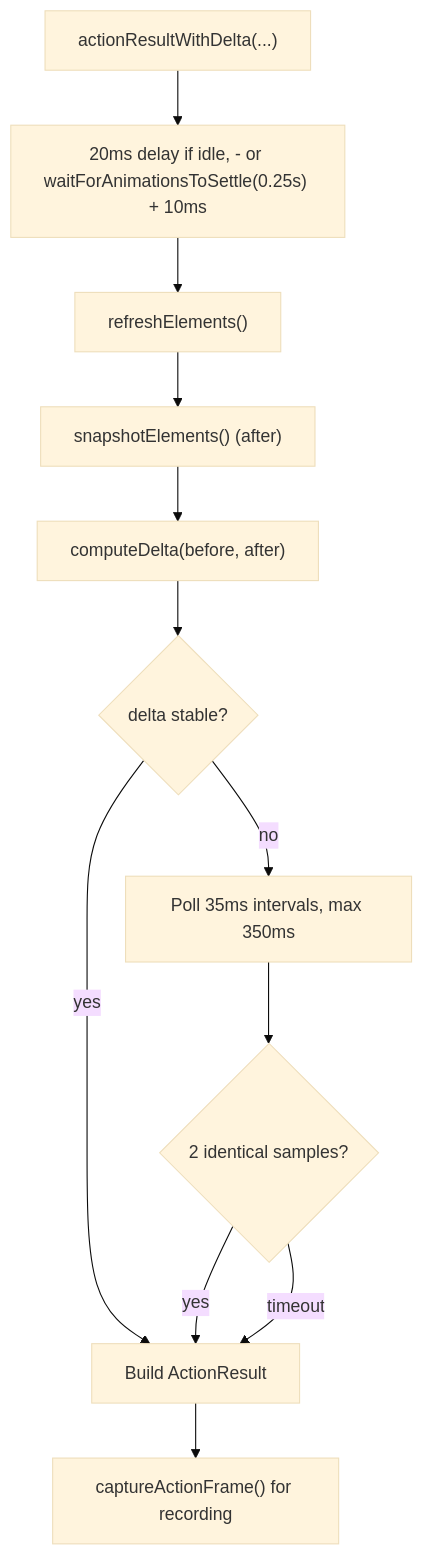
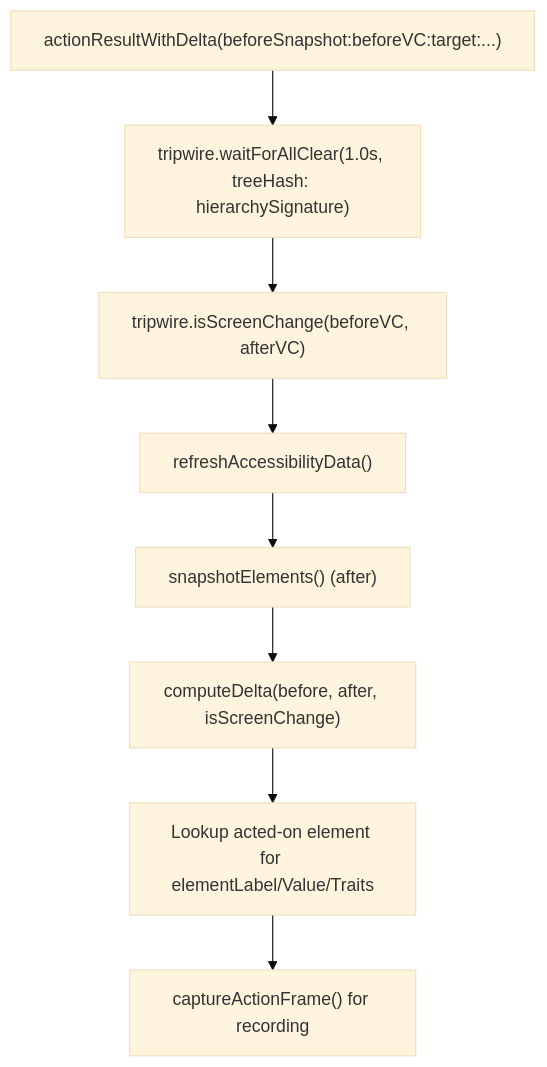
The fourth of 4 diagrams in docs/dossiers/13-THEBAGMAN.md (RoyalPineapple/TheButtonHeist), drawn with Mermaid (base theme) before and after one commit. The commit also changed other lines of this file and 12 other files, not shown here.

````diff
--- a/docs/dossiers/13-THEBAGMAN.md
+++ b/docs/dossiers/13-THEBAGMAN.md
@@ -118,15 +114,11 @@
 ```mermaid
 flowchart TD
-    Start["actionResultWithDelta(...)"]
-    Start --> PostDelay["20ms delay if idle, - or waitForAnimationsToSettle(0.25s) + 10ms"]
-    PostDelay --> Refresh["refreshElements()"]
+    Start["actionResultWithDelta(beforeSnapshot:beforeVC:target:...)"]
+    Start --> WaitAllClear["tripwire.waitForAllClear(1.0s, treeHash: hierarchySignature)"]
+    WaitAllClear --> VCCheck["tripwire.isScreenChange(beforeVC, afterVC)"]
+    VCCheck --> Refresh["refreshAccessibilityData()"]
     Refresh --> Snapshot["snapshotElements() (after)"]
-    Snapshot --> Delta["computeDelta(before, after)"]
-    Delta --> Stability{"delta stable?"}
-    Stability -->|yes| Done["Build ActionResult"]
-    Stability -->|no| Poll["Poll 35ms intervals, max 350ms"]
-    Poll --> Stable{"2 identical samples?"}
-    Stable -->|yes| Done
-    Stable -->|timeout| Done
-    Done --> Frame["captureActionFrame() for recording"]
+    Snapshot --> Delta["computeDelta(before, after, isScreenChange)"]
+    Delta --> Lookup["Lookup acted-on element for elementLabel/Value/Traits"]
+    Lookup --> Frame["captureActionFrame() for recording"]
 ```
````
